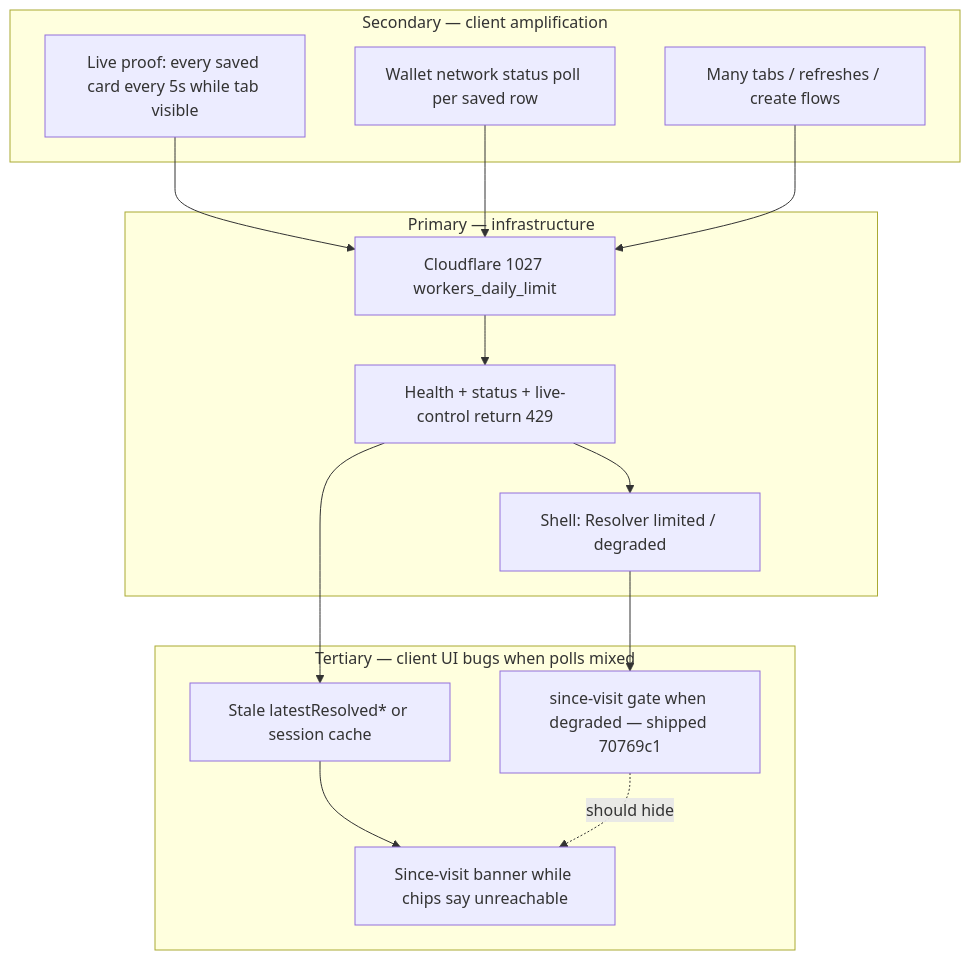
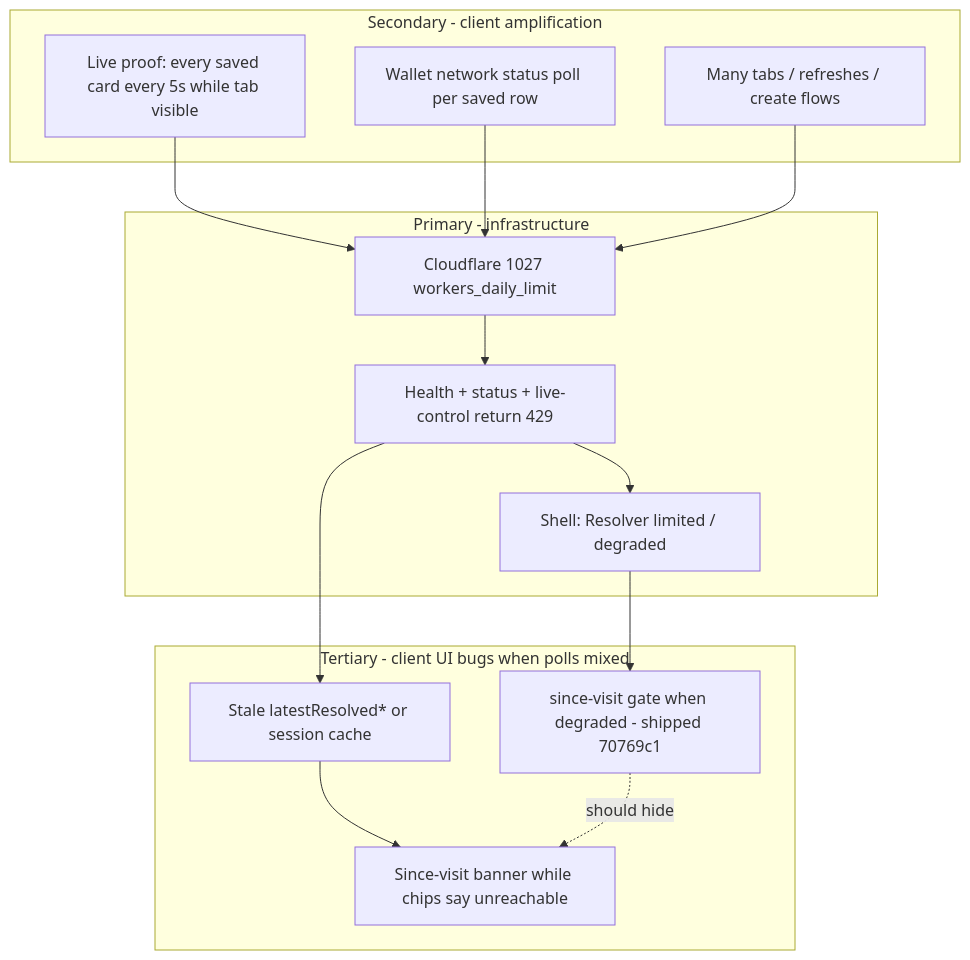
Before and after one commit to h6811127/humanity.llc: the third of 3 diagrams in docs/CARD_DISABLED_SINCE_VISIT_FALSE_POSITIVE_INVESTIGATION.md, drawn with Mermaid. The commit also changed other lines of this file and 6 other files, not shown here.

First line of the commit message:
Fix card-disabled-since-visit false positives (A1+A2+A4).

````diff
--- a/docs/CARD_DISABLED_SINCE_VISIT_FALSE_POSITIVE_INVESTIGATION.md
+++ b/docs/CARD_DISABLED_SINCE_VISIT_FALSE_POSITIVE_INVESTIGATION.md
@@ -367,27 +780,27 @@
 ```mermaid
 flowchart TB
-  subgraph primary [Primary — infrastructure]
+  subgraph primary [Primary - infrastructure]
     CF[Cloudflare 1027 workers_daily_limit]
     CF --> H429[Health + status + live-control return 429]
     H429 --> RL[Shell: Resolver limited / degraded]
   end
 
-  subgraph secondary [Secondary — client amplification]
+  subgraph secondary [Secondary - client amplification]
     LP[Live proof: every saved card every 5s while tab visible]
     WN[Wallet network status poll per saved row]
     MT[Many tabs / refreshes / create flows]
     LP --> CF
     WN --> CF
     MT --> CF
   end
 
-  subgraph tertiary [Tertiary — client UI bugs when polls mixed]
+  subgraph tertiary [Tertiary - client UI bugs when polls mixed]
     ST[Stale latestResolved* or session cache]
     ST --> BAN[Since-visit banner while chips say unreachable]
-    GATE[since-visit gate when degraded — shipped 70769c1]
+    GATE[since-visit gate when degraded - shipped 70769c1]
     GATE -.->|should hide| BAN
   end
 
   RL --> GATE
   H429 --> ST
 ```
````
